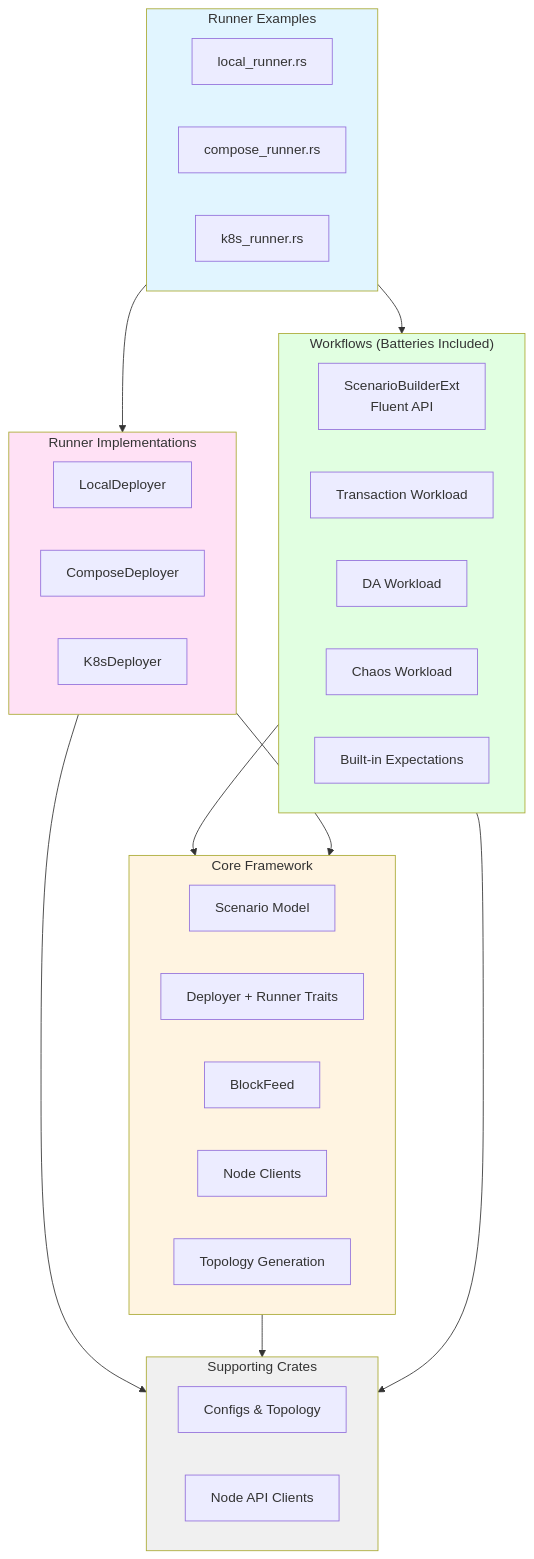
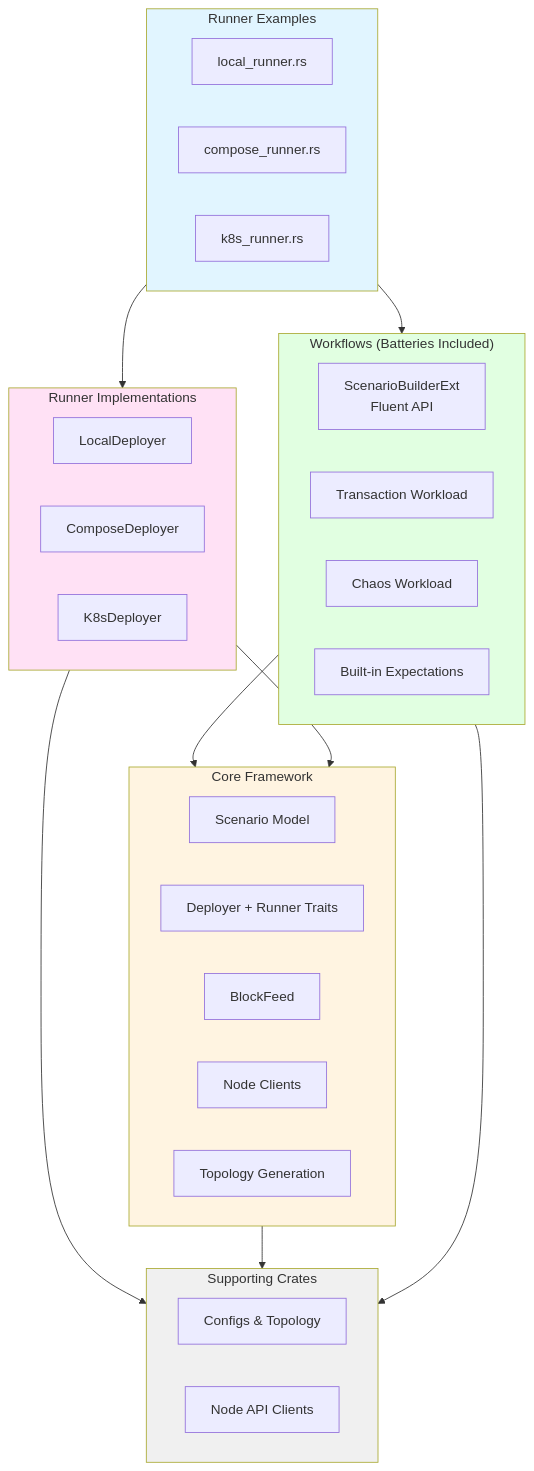
One commit to logos-blockchain/logos-blockchain-testing changed the second of 3 diagrams in book/src/architecture-overview.md. Above: the diagram before and after it, drawn with Mermaid. The commit also changed other lines of this file and 82 other files, not shown here.

````diff
--- a/book/src/architecture-overview.md
+++ b/book/src/architecture-overview.md
@@ -18,49 +18,48 @@
 ```mermaid
 flowchart TB
     subgraph Examples["Runner Examples"]
         LocalBin[local_runner.rs]
         ComposeBin[compose_runner.rs]
         K8sBin[k8s_runner.rs]
     end
     
     subgraph Workflows["Workflows (Batteries Included)"]
         DSL[ScenarioBuilderExt<br/>Fluent API]
         TxWorkload[Transaction Workload]
-        DAWorkload[DA Workload]
         ChaosWorkload[Chaos Workload]
         Expectations[Built-in Expectations]
     end
     
     subgraph Core["Core Framework"]
         ScenarioModel[Scenario Model]
         Traits[Deployer + Runner Traits]
         BlockFeed[BlockFeed]
         NodeClients[Node Clients]
         Topology[Topology Generation]
     end
     
     subgraph Deployers["Runner Implementations"]
         LocalDeployer[LocalDeployer]
         ComposeDeployer[ComposeDeployer]
         K8sDeployer[K8sDeployer]
     end
     
     subgraph Support["Supporting Crates"]
         Configs[Configs & Topology]
         Nodes[Node API Clients]
     end
     
     Examples --> Workflows
     Examples --> Deployers
     Workflows --> Core
     Deployers --> Core
     Deployers --> Support
     Core --> Support
     Workflows --> Support
     
     style Examples fill:#e1f5ff
     style Workflows fill:#e1ffe1
     style Core fill:#fff4e1
     style Deployers fill:#ffe1f5
     style Support fill:#f0f0f0
 ```
````
